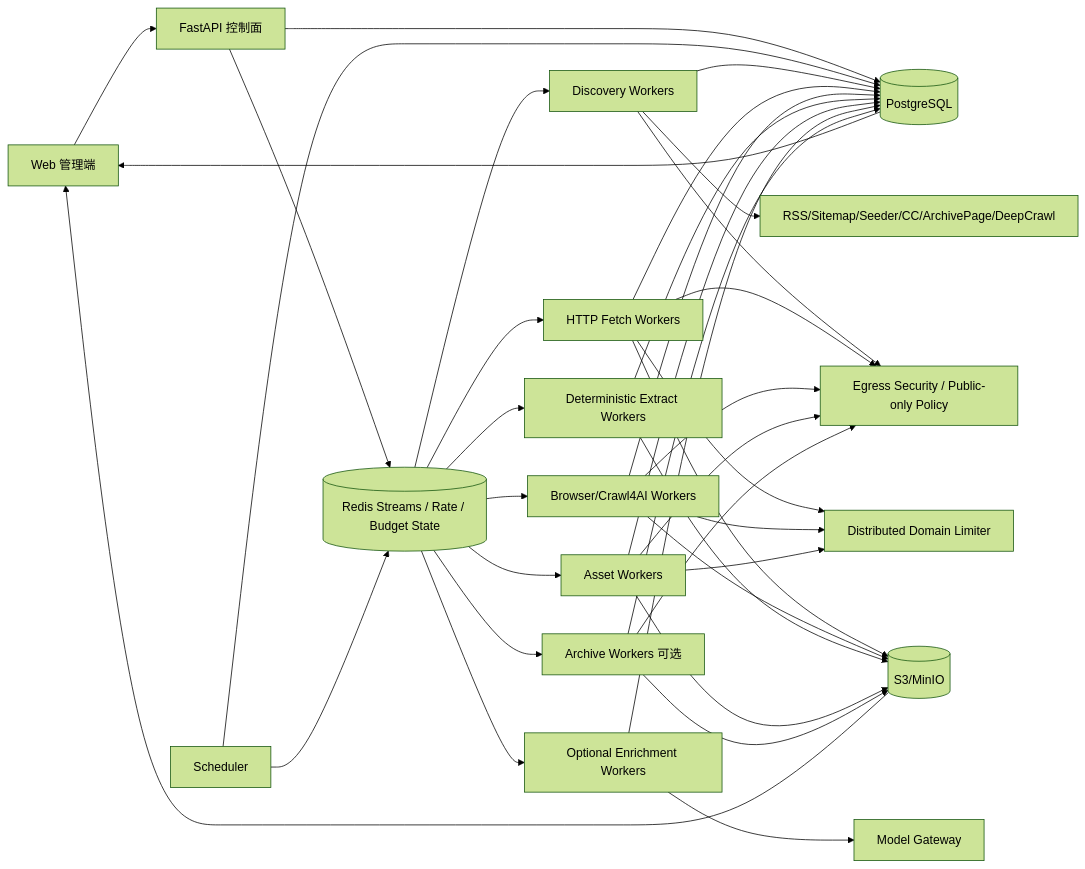
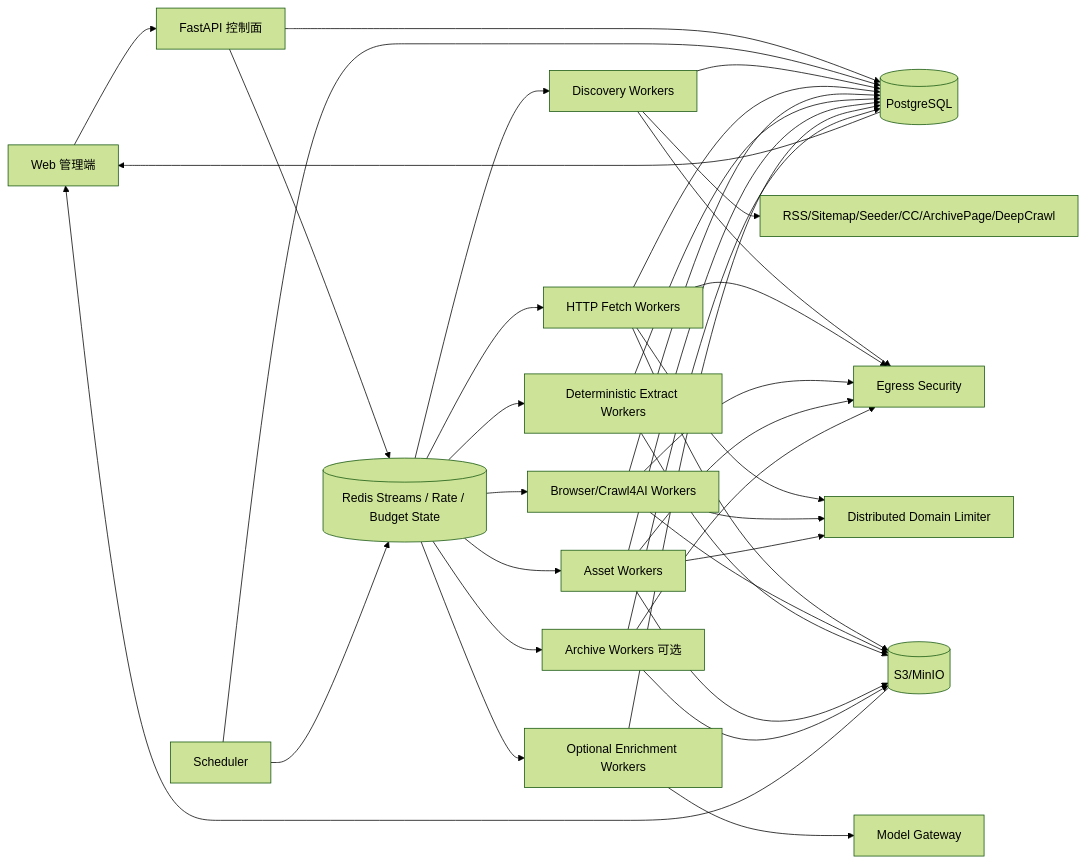
The diagram in 博客知识库技术方案.md (WorkerXu/my-doc), drawn with Mermaid (forest theme) before and after one commit. The commit also changed other lines of this file, not shown here.

````diff
--- a/博客知识库技术方案.md
+++ b/博客知识库技术方案.md
@@ -54,46 +56,46 @@
 ```mermaid
 flowchart LR
     UI[Web 管理端] --> API[FastAPI 控制面]
     API --> PG[(PostgreSQL)]
     API --> REDIS[(Redis Streams / Rate / Budget State)]
 
     SCHED[Scheduler] --> PG
     SCHED --> REDIS
 
     REDIS --> DISC[Discovery Workers]
     REDIS --> HF[HTTP Fetch Workers]
     REDIS --> BF[Browser/Crawl4AI Workers]
     REDIS --> EX[Deterministic Extract Workers]
     REDIS --> ASSET[Asset Workers]
     REDIS --> EN[Optional Enrichment Workers]
     REDIS --> ARCH[Archive Workers 可选]
 
     DISC --> PROVIDERS[RSS/Sitemap/Seeder/CC/ArchivePage/DeepCrawl]
-    DISC --> EGRESS[Egress Security / Public-only Policy]
+    DISC --> EGRESS[Egress Security]
     HF --> EGRESS
     BF --> EGRESS
     ASSET --> EGRESS
     ARCH --> EGRESS
 
     HF --> LIMIT[Distributed Domain Limiter]
     BF --> LIMIT
     ASSET --> LIMIT
 
     HF --> S3[(S3/MinIO)]
     BF --> S3
     EX --> S3
     ASSET --> S3
     ARCH --> S3
     EN --> LLMGW[Model Gateway]
 
     DISC --> PG
     HF --> PG
     BF --> PG
     EX --> PG
     ASSET --> PG
     EN --> PG
     ARCH --> PG
 
     PG --> UI
     S3 --> UI
 ```
````
